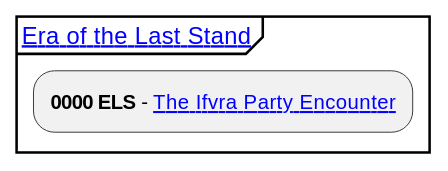
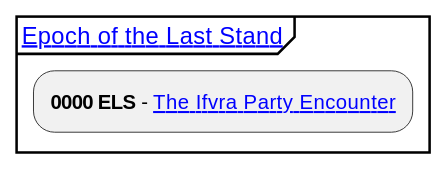
One commit to NorthernTempest/wandering_bastion changed the diagram in docs/lore/event/history/index.md. Above: the diagram before and after it, drawn with PlantUML. The commit also changed 1 other file, not shown here.

Commit message:
Calendar stuff

````diff
--- a/docs/lore/event/history/index.md
+++ b/docs/lore/event/history/index.md
@@ -9,7 +9,8 @@
 ``` kroki-plantuml
 @startuml
-partition "[[./last-stand/ Era of the Last Stand]]" {
+partition "[[./last-stand/ Epoch of the Last Stand]]" {
   :**0000 ELS** - [[./last-stand/ifvra-party-encounter/ The Ifvra Party Encounter]];
 }
+
 @enduml
 ```
````
